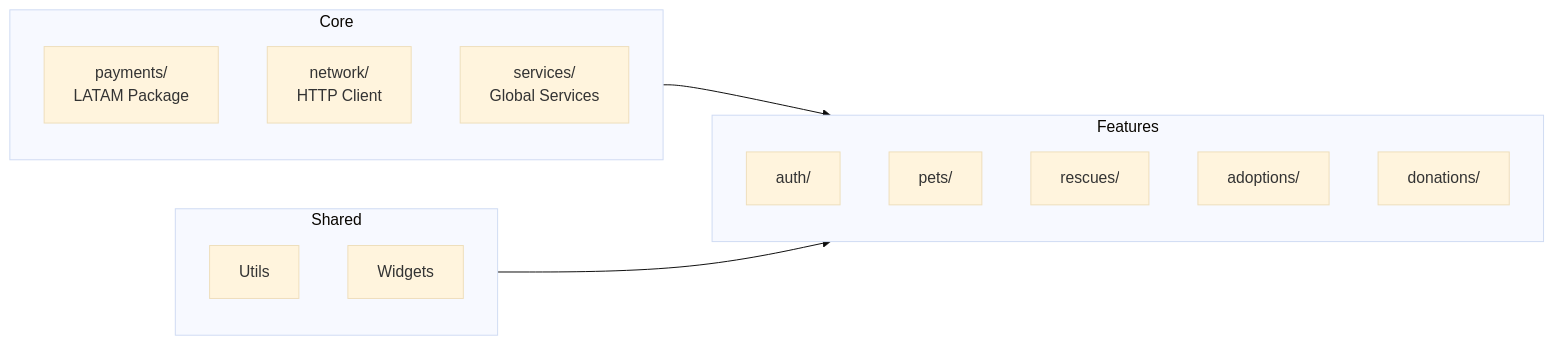
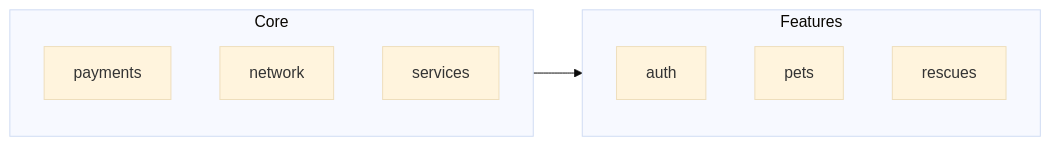
One commit to altrupets/monorepo changed the second of 4 diagrams in docs/content/docs/architecture/overview.md. Above: the diagram before and after it, drawn with Mermaid (base theme). The commit also changed other lines of this file and 4 other files, not shown here.

First line of the commit message:
fix(docs): simplify Mermaid diagrams to resolve rendering errors

````diff
--- a/docs/content/docs/architecture/overview.md
+++ b/docs/content/docs/architecture/overview.md
@@ -103,24 +88,16 @@
 ```mermaid
 flowchart LR
-    subgraph Core["Core"]
-        Payments["payments/<br/>LATAM Package"]
-        Network["network/<br/>HTTP Client"]
-        Services["services/<br/>Global Services"]
+    subgraph Core
+        Payments[payments]
+        Network[network]
+        Services[services]
     end
 
-    subgraph Features["Features"]
-        Auth["auth/"]
-        Pets["pets/"]
-        Rescues["rescues/"]
-        Adoptions["adoptions/"]
-        Donations["donations/"]
-    end
-
-    subgraph Shared["Shared"]
-        Utils["Utils"]
-        Widgets["Widgets"]
+    subgraph Features
+        Auth[auth]
+        Pets[pets]
+        Rescues[rescues]
     end
 
     Core --> Features
-    Shared --> Features
 ```
````
